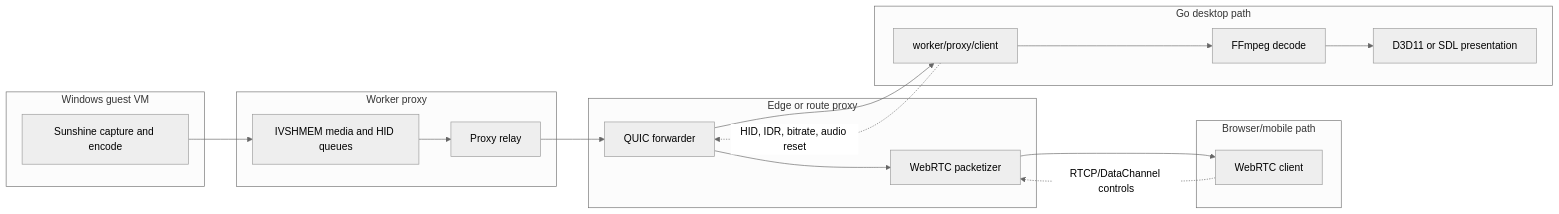
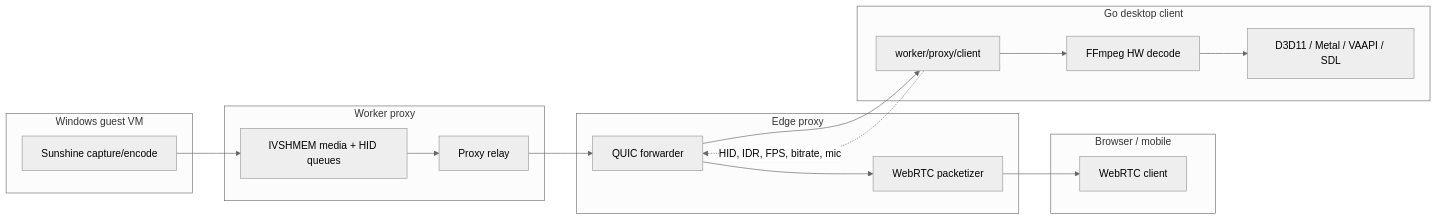
One commit to thinkonmay/thinkmay changed the first of 2 diagrams in docs/desktop_client_architecture.md. Above: the diagram before and after it, drawn with Mermaid (neutral theme). The commit also changed other lines of this file and 1 other file, not shown here.

Commit message:
proxy build

````diff
--- a/docs/desktop_client_architecture.md
+++ b/docs/desktop_client_architecture.md
@@ -13,34 +9,31 @@
 ```mermaid
 flowchart LR
     subgraph Guest[Windows guest VM]
-        Sunshine[Sunshine capture and encode]
+        Sunshine[Sunshine capture/encode]
     end
 
     subgraph Worker[Worker proxy]
-        IVSHMEM[IVSHMEM media and HID queues]
-        LocalProxy[Proxy relay]
+        IVSHMEM[IVSHMEM media + HID queues]
+        Proxy[Proxy relay]
     end
 
-    subgraph Edge[Edge or route proxy]
+    subgraph Edge[Edge proxy]
         QUIC[QUIC forwarder]
         WebRTC[WebRTC packetizer]
     end
 
-    subgraph Browser[Browser/mobile path]
-        BrowserClient[WebRTC client]
+    subgraph Browser[Browser / mobile]
+        WebClient[WebRTC client]
     end
 
-    subgraph Desktop[Go desktop path]
-        NativeClient[worker/proxy/client]
-        FFmpeg[FFmpeg decode]
-        SDL[D3D11 or SDL presentation]
+    subgraph Desktop[Go desktop client]
+        Client[worker/proxy/client]
+        Decode[FFmpeg HW decode]
+        Present[D3D11 / Metal / VAAPI / SDL]
     end
 
-    Sunshine --> IVSHMEM
-    IVSHMEM --> LocalProxy
-    LocalProxy --> QUIC
-    QUIC --> WebRTC --> BrowserClient
-    QUIC --> NativeClient --> FFmpeg --> SDL
-    NativeClient -. HID, IDR, bitrate, audio reset .-> QUIC
-    BrowserClient -. RTCP/DataChannel controls .-> WebRTC
+    Sunshine --> IVSHMEM --> Proxy --> QUIC
+    QUIC --> WebRTC --> WebClient
+    QUIC --> Client --> Decode --> Present
+    Client -. HID, IDR, FPS, bitrate, mic .-> QUIC
 ```
````
